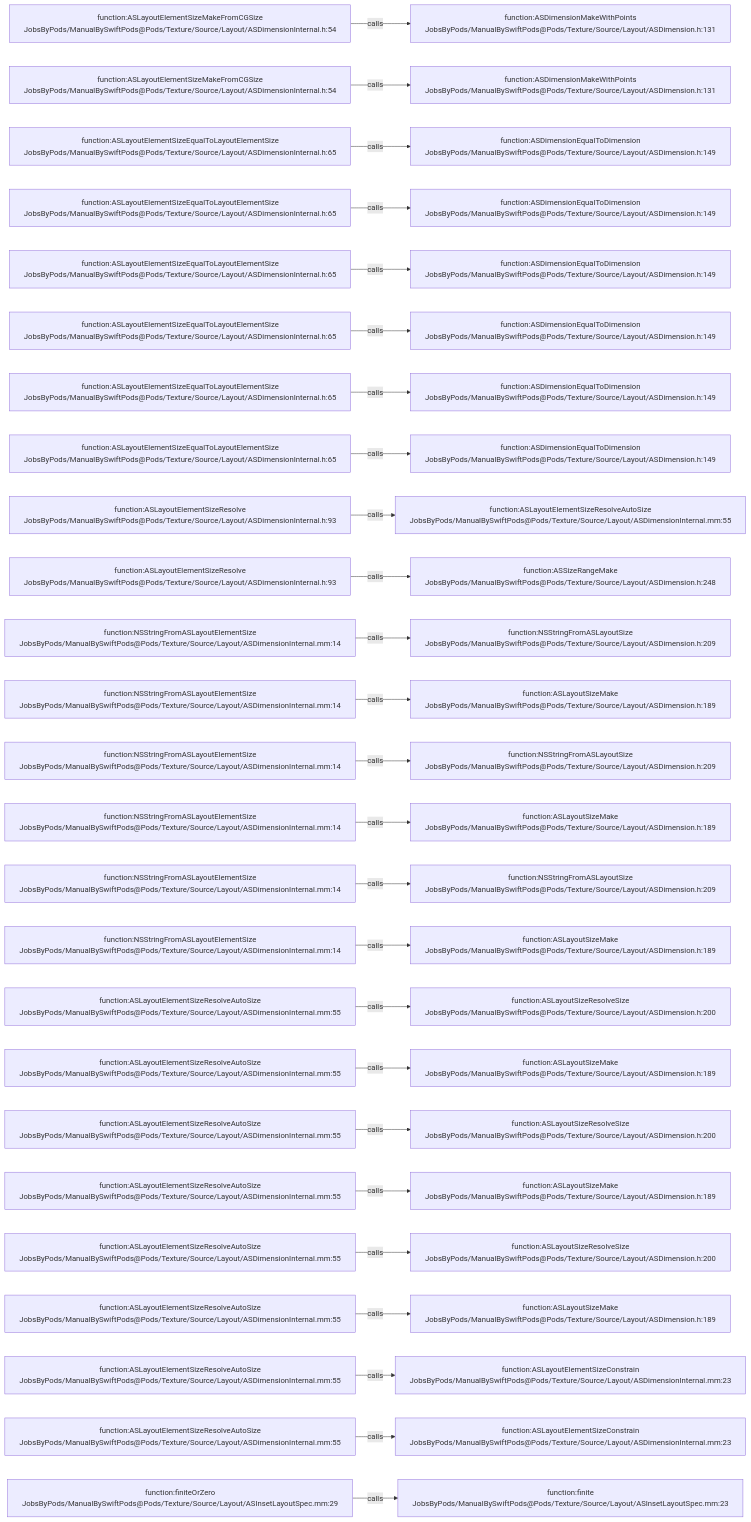
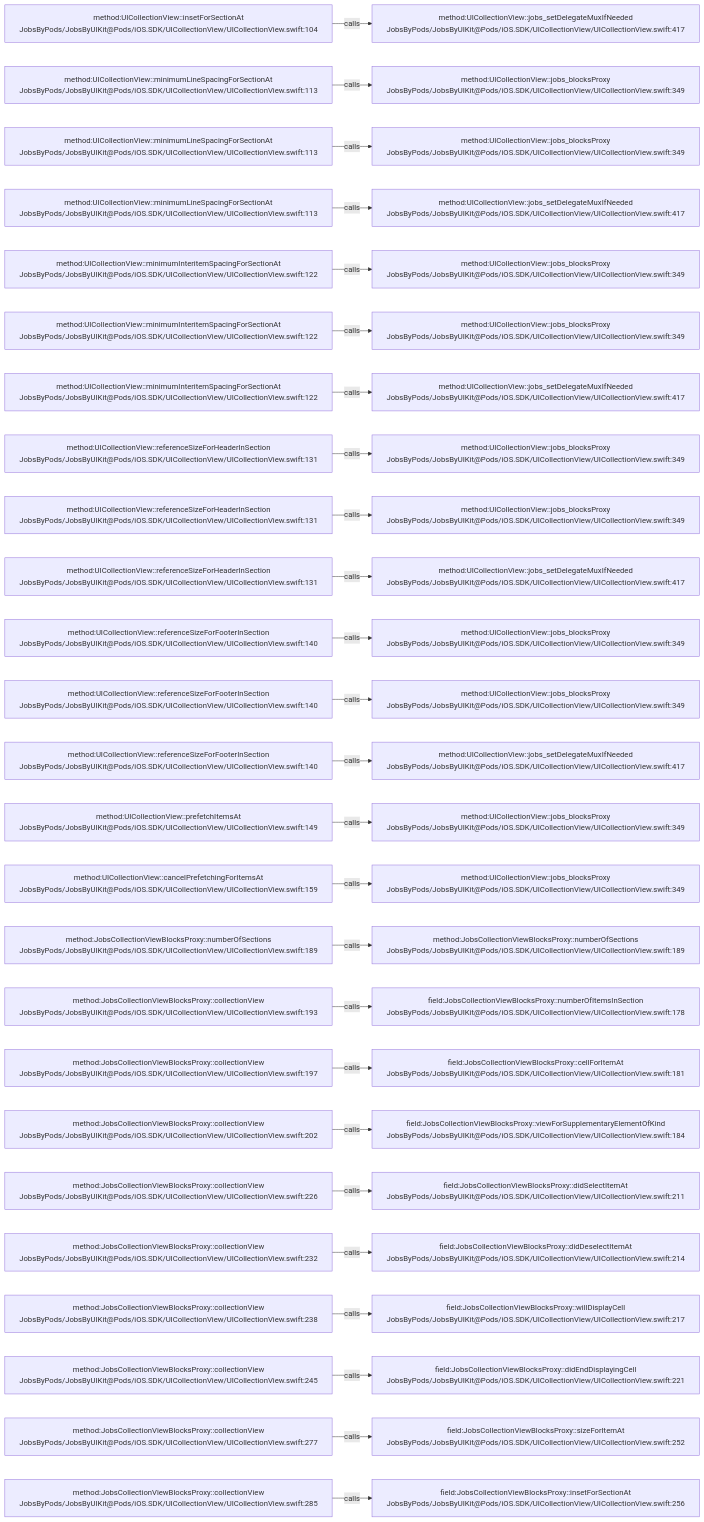
One commit to JobsKits/JobsSwiftBaseConfigDemo changed the diagram in .codegraph/codegraph.md/graphs/calls-107.md. Above: the diagram before and after it, drawn with Mermaid. The commit also changed 224 other files, not shown here.

````diff
--- a/.codegraph/codegraph.md/graphs/calls-107.md
+++ b/.codegraph/codegraph.md/graphs/calls-107.md
@@ -13,78 +13,78 @@
 ```mermaid
 flowchart LR
-  S1["function:ASLayoutElementSizeMakeFromCGSize<br/>JobsByPods/ManualBySwiftPods@Pods/Texture/Source/Layout/ASDimensionInternal.h:54"]
-  T1["function:ASDimensionMakeWithPoints<br/>JobsByPods/ManualBySwiftPods@Pods/Texture/Source/Layout/ASDimension.h:131"]
+  S1["method:UICollectionView::insetForSectionAt<br/>JobsByPods/JobsByUIKit@Pods/iOS.SDK/UICollectionView/UICollectionView.swift:104"]
+  T1["method:UICollectionView::jobs_setDelegateMuxIfNeeded<br/>JobsByPods/JobsByUIKit@Pods/iOS.SDK/UICollectionView/UICollectionView.swift:417"]
   S1 -->|calls| T1
-  S2["function:ASLayoutElementSizeMakeFromCGSize<br/>JobsByPods/ManualBySwiftPods@Pods/Texture/Source/Layout/ASDimensionInternal.h:54"]
-  T2["function:ASDimensionMakeWithPoints<br/>JobsByPods/ManualBySwiftPods@Pods/Texture/Source/Layout/ASDimension.h:131"]
+  S2["method:UICollectionView::minimumLineSpacingForSectionAt<br/>JobsByPods/JobsByUIKit@Pods/iOS.SDK/UICollectionView/UICollectionView.swift:113"]
+  T2["method:UICollectionView::jobs_blocksProxy<br/>JobsByPods/JobsByUIKit@Pods/iOS.SDK/UICollectionView/UICollectionView.swift:349"]
   S2 -->|calls| T2
-  S3["function:ASLayoutElementSizeEqualToLayoutElementSize<br/>JobsByPods/ManualBySwiftPods@Pods/Texture/Source/Layout/ASDimensionInternal.h:65"]
-  T3["function:ASDimensionEqualToDimension<br/>JobsByPods/ManualBySwiftPods@Pods/Texture/Source/Layout/ASDimension.h:149"]
+  S3["method:UICollectionView::minimumLineSpacingForSectionAt<br/>JobsByPods/JobsByUIKit@Pods/iOS.SDK/UICollectionView/UICollectionView.swift:113"]
+  T3["method:UICollectionView::jobs_blocksProxy<br/>JobsByPods/JobsByUIKit@Pods/iOS.SDK/UICollectionView/UICollectionView.swift:349"]
   S3 -->|calls| T3
-  S4["function:ASLayoutElementSizeEqualToLayoutElementSize<br/>JobsByPods/ManualBySwiftPods@Pods/Texture/Source/Layout/ASDimensionInternal.h:65"]
-  T4["function:ASDimensionEqualToDimension<br/>JobsByPods/ManualBySwiftPods@Pods/Texture/Source/Layout/ASDimension.h:149"]
+  S4["method:UICollectionView::minimumLineSpacingForSectionAt<br/>JobsByPods/JobsByUIKit@Pods/iOS.SDK/UICollectionView/UICollectionView.swift:113"]
+  T4["method:UICollectionView::jobs_setDelegateMuxIfNeeded<br/>JobsByPods/JobsByUIKit@Pods/iOS.SDK/UICollectionView/UICollectionView.swift:417"]
   S4 -->|calls| T4
-  S5["function:ASLayoutElementSizeEqualToLayoutElementSize<br/>JobsByPods/ManualBySwiftPods@Pods/Texture/Source/Layout/ASDimensionInternal.h:65"]
-  T5["function:ASDimensionEqualToDimension<br/>JobsByPods/ManualBySwiftPods@Pods/Texture/Source/Layout/ASDimension.h:149"]
+  S5["method:UICollectionView::minimumInteritemSpacingForSectionAt<br/>JobsByPods/JobsByUIKit@Pods/iOS.SDK/UICollectionView/UICollectionView.swift:122"]
+  T5["method:UICollectionView::jobs_blocksProxy<br/>JobsByPods/JobsByUIKit@Pods/iOS.SDK/UICollectionView/UICollectionView.swift:349"]
   S5 -->|calls| T5
-  S6["function:ASLayoutElementSizeEqualToLayoutElementSize<br/>JobsByPods/ManualBySwiftPods@Pods/Texture/Source/Layout/ASDimensionInternal.h:65"]
-  T6["function:ASDimensionEqualToDimension<br/>JobsByPods/ManualBySwiftPods@Pods/Texture/Source/Layout/ASDimension.h:149"]
+  S6["method:UICollectionView::minimumInteritemSpacingForSectionAt<br/>JobsByPods/JobsByUIKit@Pods/iOS.SDK/UICollectionView/UICollectionView.swift:122"]
+  T6["method:UICollectionView::jobs_blocksProxy<br/>JobsByPods/JobsByUIKit@Pods/iOS.SDK/UICollectionView/UICollectionView.swift:349"]
   S6 -->|calls| T6
-  S7["function:ASLayoutElementSizeEqualToLayoutElementSize<br/>JobsByPods/ManualBySwiftPods@Pods/Texture/Source/Layout/ASDimensionInternal.h:65"]
-  T7["function:ASDimensionEqualToDimension<br/>JobsByPods/ManualBySwiftPods@Pods/Texture/Source/Layout/ASDimension.h:149"]
+  S7["method:UICollectionView::minimumInteritemSpacingForSectionAt<br/>JobsByPods/JobsByUIKit@Pods/iOS.SDK/UICollectionView/UICollectionView.swift:122"]
+  T7["method:UICollectionView::jobs_setDelegateMuxIfNeeded<br/>JobsByPods/JobsByUIKit@Pods/iOS.SDK/UICollectionView/UICollectionView.swift:417"]
   S7 -->|calls| T7
-  S8["function:ASLayoutElementSizeEqualToLayoutElementSize<br/>JobsByPods/ManualBySwiftPods@Pods/Texture/Source/Layout/ASDimensionInternal.h:65"]
-  T8["function:ASDimensionEqualToDimension<br/>JobsByPods/ManualBySwiftPods@Pods/Texture/Source/Layout/ASDimension.h:149"]
+  S8["method:UICollectionView::referenceSizeForHeaderInSection<br/>JobsByPods/JobsByUIKit@Pods/iOS.SDK/UICollectionView/UICollectionView.swift:131"]
+  T8["method:UICollectionView::jobs_blocksProxy<br/>JobsByPods/JobsByUIKit@Pods/iOS.SDK/UICollectionView/UICollectionView.swift:349"]
   S8 -->|calls| T8
-  S9["function:ASLayoutElementSizeResolve<br/>JobsByPods/ManualBySwiftPods@Pods/Texture/Source/Layout/ASDimensionInternal.h:93"]
-  T9["function:ASLayoutElementSizeResolveAutoSize<br/>JobsByPods/ManualBySwiftPods@Pods/Texture/Source/Layout/ASDimensionInternal.mm:55"]
+  S9["method:UICollectionView::referenceSizeForHeaderInSection<br/>JobsByPods/JobsByUIKit@Pods/iOS.SDK/UICollectionView/UICollectionView.swift:131"]
+  T9["method:UICollectionView::jobs_blocksProxy<br/>JobsByPods/JobsByUIKit@Pods/iOS.SDK/UICollectionView/UICollectionView.swift:349"]
   S9 -->|calls| T9
-  S10["function:ASLayoutElementSizeResolve<br/>JobsByPods/ManualBySwiftPods@Pods/Texture/Source/Layout/ASDimensionInternal.h:93"]
-  T10["function:ASSizeRangeMake<br/>JobsByPods/ManualBySwiftPods@Pods/Texture/Source/Layout/ASDimension.h:248"]
+  S10["method:UICollectionView::referenceSizeForHeaderInSection<br/>JobsByPods/JobsByUIKit@Pods/iOS.SDK/UICollectionView/UICollectionView.swift:131"]
+  T10["method:UICollectionView::jobs_setDelegateMuxIfNeeded<br/>JobsByPods/JobsByUIKit@Pods/iOS.SDK/UICollectionView/UICollectionView.swift:417"]
   S10 -->|calls| T10
-  S11["function:NSStringFromASLayoutElementSize<br/>JobsByPods/ManualBySwiftPods@Pods/Texture/Source/Layout/ASDimensionInternal.mm:14"]
-  T11["function:NSStringFromASLayoutSize<br/>JobsByPods/ManualBySwiftPods@Pods/Texture/Source/Layout/ASDimension.h:209"]
+  S11["method:UICollectionView::referenceSizeForFooterInSection<br/>JobsByPods/JobsByUIKit@Pods/iOS.SDK/UICollectionView/UICollectionView.swift:140"]
+  T11["method:UICollectionView::jobs_blocksProxy<br/>JobsByPods/JobsByUIKit@Pods/iOS.SDK/UICollectionView/UICollectionView.swift:349"]
   S11 -->|calls| T11
-  S12["function:NSStringFromASLayoutElementSize<br/>JobsByPods/ManualBySwiftPods@Pods/Texture/Source/Layout/ASDimensionInternal.mm:14"]
-  T12["function:ASLayoutSizeMake<br/>JobsByPods/ManualBySwiftPods@Pods/Texture/Source/Layout/ASDimension.h:189"]
+  S12["method:UICollectionView::referenceSizeForFooterInSection<br/>JobsByPods/JobsByUIKit@Pods/iOS.SDK/UICollectionView/UICollectionView.swift:140"]
+  T12["method:UICollectionView::jobs_blocksProxy<br/>JobsByPods/JobsByUIKit@Pods/iOS.SDK/UICollectionView/UICollectionView.swift:349"]
   S12 -->|calls| T12
-  S13["function:NSStringFromASLayoutElementSize<br/>JobsByPods/ManualBySwiftPods@Pods/Texture/Source/Layout/ASDimensionInternal.mm:14"]
-  T13["function:NSStringFromASLayoutSize<br/>JobsByPods/ManualBySwiftPods@Pods/Texture/Source/Layout/ASDimension.h:209"]
+  S13["method:UICollectionView::referenceSizeForFooterInSection<br/>JobsByPods/JobsByUIKit@Pods/iOS.SDK/UICollectionView/UICollectionView.swift:140"]
+  T13["method:UICollectionView::jobs_setDelegateMuxIfNeeded<br/>JobsByPods/JobsByUIKit@Pods/iOS.SDK/UICollectionView/UICollectionView.swift:417"]
   S13 -->|calls| T13
-  S14["function:NSStringFromASLayoutElementSize<br/>JobsByPods/ManualBySwiftPods@Pods/Texture/Source/Layout/ASDimensionInternal.mm:14"]
-  T14["function:ASLayoutSizeMake<br/>JobsByPods/ManualBySwiftPods@Pods/Texture/Source/Layout/ASDimension.h:189"]
+  S14["method:UICollectionView::prefetchItemsAt<br/>JobsByPods/JobsByUIKit@Pods/iOS.SDK/UICollectionView/UICollectionView.swift:149"]
+  T14["method:UICollectionView::jobs_blocksProxy<br/>JobsByPods/JobsByUIKit@Pods/iOS.SDK/UICollectionView/UICollectionView.swift:349"]
   S14 -->|calls| T14
-  S15["function:NSStringFromASLayoutElementSize<br/>JobsByPods/ManualBySwiftPods@Pods/Texture/Source/Layout/ASDimensionInternal.mm:14"]
-  T15["function:NSStringFromASLayoutSize<br/>JobsByPods/ManualBySwiftPods@Pods/Texture/Source/Layout/ASDimension.h:209"]
+  S15["method:UICollectionView::cancelPrefetchingForItemsAt<br/>JobsByPods/JobsByUIKit@Pods/iOS.SDK/UICollectionView/UICollectionView.swift:159"]
+  T15["method:UICollectionView::jobs_blocksProxy<br/>JobsByPods/JobsByUIKit@Pods/iOS.SDK/UICollectionView/UICollectionView.swift:349"]
   S15 -->|calls| T15
-  S16["function:NSStringFromASLayoutElementSize<br/>JobsByPods/ManualBySwiftPods@Pods/Texture/Source/Layout/ASDimensionInternal.mm:14"]
-  T16["function:ASLayoutSizeMake<br/>JobsByPods/ManualBySwiftPods@Pods/Texture/Source/Layout/ASDimension.h:189"]
+  S16["method:JobsCollectionViewBlocksProxy::numberOfSections<br/>JobsByPods/JobsByUIKit@Pods/iOS.SDK/UICollectionView/UICollectionView.swift:189"]
+  T16["method:JobsCollectionViewBlocksProxy::numberOfSections<br/>JobsByPods/JobsByUIKit@Pods/iOS.SDK/UICollectionView/UICollectionView.swift:189"]
   S16 -->|calls| T16
-  S17["function:ASLayoutElementSizeResolveAutoSize<br/>JobsByPods/ManualBySwiftPods@Pods/Texture/Source/Layout/ASDimensionInternal.mm:55"]
-  T17["function:ASLayoutSizeResolveSize<br/>JobsByPods/ManualBySwiftPods@Pods/Texture/Source/Layout/ASDimension.h:200"]
+  S17["method:JobsCollectionViewBlocksProxy::collectionView<br/>JobsByPods/JobsByUIKit@Pods/iOS.SDK/UICollectionView/UICollectionView.swift:193"]
+  T17["field:JobsCollectionViewBlocksProxy::numberOfItemsInSection<br/>JobsByPods/JobsByUIKit@Pods/iOS.SDK/UICollectionView/UICollectionView.swift:178"]
   S17 -->|calls| T17
-  S18["function:ASLayoutElementSizeResolveAutoSize<br/>JobsByPods/ManualBySwiftPods@Pods/Texture/Source/Layout/ASDimensionInternal.mm:55"]
-  T18["function:ASLayoutSizeMake<br/>JobsByPods/ManualBySwiftPods@Pods/Texture/Source/Layout/ASDimension.h:189"]
+  S18["method:JobsCollectionViewBlocksProxy::collectionView<br/>JobsByPods/JobsByUIKit@Pods/iOS.SDK/UICollectionView/UICollectionView.swift:197"]
+  T18["field:JobsCollectionViewBlocksProxy::cellForItemAt<br/>JobsByPods/JobsByUIKit@Pods/iOS.SDK/UICollectionView/UICollectionView.swift:181"]
   S18 -->|calls| T18
-  S19["function:ASLayoutElementSizeResolveAutoSize<br/>JobsByPods/ManualBySwiftPods@Pods/Texture/Source/Layout/ASDimensionInternal.mm:55"]
-  T19["function:ASLayoutSizeResolveSize<br/>JobsByPods/ManualBySwiftPods@Pods/Texture/Source/Layout/ASDimension.h:200"]
+  S19["method:JobsCollectionViewBlocksProxy::collectionView<br/>JobsByPods/JobsByUIKit@Pods/iOS.SDK/UICollectionView/UICollectionView.swift:202"]
+  T19["field:JobsCollectionViewBlocksProxy::viewForSupplementaryElementOfKind<br/>JobsByPods/JobsByUIKit@Pods/iOS.SDK/UICollectionView/UICollectionView.swift:184"]
   S19 -->|calls| T19
-  S20["function:ASLayoutElementSizeResolveAutoSize<br/>JobsByPods/ManualBySwiftPods@Pods/Texture/Source/Layout/ASDimensionInternal.mm:55"]
-  T20["function:ASLayoutSizeMake<br/>JobsByPods/ManualBySwiftPods@Pods/Texture/Source/Layout/ASDimension.h:189"]
+  S20["method:JobsCollectionViewBlocksProxy::collectionView<br/>JobsByPods/JobsByUIKit@Pods/iOS.SDK/UICollectionView/UICollectionView.swift:226"]
+  T20["field:JobsCollectionViewBlocksProxy::didSelectItemAt<br/>JobsByPods/JobsByUIKit@Pods/iOS.SDK/UICollectionView/UICollectionView.swift:211"]
   S20 -->|calls| T20
-  S21["function:ASLayoutElementSizeResolveAutoSize<br/>JobsByPods/ManualBySwiftPods@Pods/Texture/Source/Layout/ASDimensionInternal.mm:55"]
-  T21["function:ASLayoutSizeResolveSize<br/>JobsByPods/ManualBySwiftPods@Pods/Texture/Source/Layout/ASDimension.h:200"]
+  S21["method:JobsCollectionViewBlocksProxy::collectionView<br/>JobsByPods/JobsByUIKit@Pods/iOS.SDK/UICollectionView/UICollectionView.swift:232"]
+  T21["field:JobsCollectionViewBlocksProxy::didDeselectItemAt<br/>JobsByPods/JobsByUIKit@Pods/iOS.SDK/UICollectionView/UICollectionView.swift:214"]
   S21 -->|calls| T21
-  S22["function:ASLayoutElementSizeResolveAutoSize<br/>JobsByPods/ManualBySwiftPods@Pods/Texture/Source/Layout/ASDimensionInternal.mm:55"]
-  T22["function:ASLayoutSizeMake<br/>JobsByPods/ManualBySwiftPods@Pods/Texture/Source/Layout/ASDimension.h:189"]
+  S22["method:JobsCollectionViewBlocksProxy::collectionView<br/>JobsByPods/JobsByUIKit@Pods/iOS.SDK/UICollectionView/UICollectionView.swift:238"]
+  T22["field:JobsCollectionViewBlocksProxy::willDisplayCell<br/>JobsByPods/JobsByUIKit@Pods/iOS.SDK/UICollectionView/UICollectionView.swift:217"]
   S22 -->|calls| T22
-  S23["function:ASLayoutElementSizeResolveAutoSize<br/>JobsByPods/ManualBySwiftPods@Pods/Texture/Source/Layout/ASDimensionInternal.mm:55"]
-  T23["function:ASLayoutElementSizeConstrain<br/>JobsByPods/ManualBySwiftPods@Pods/Texture/Source/Layout/ASDimensionInternal.mm:23"]
+  S23["method:JobsCollectionViewBlocksProxy::collectionView<br/>JobsByPods/JobsByUIKit@Pods/iOS.SDK/UICollectionView/UICollectionView.swift:245"]
+  T23["field:JobsCollectionViewBlocksProxy::didEndDisplayingCell<br/>JobsByPods/JobsByUIKit@Pods/iOS.SDK/UICollectionView/UICollectionView.swift:221"]
   S23 -->|calls| T23
-  S24["function:ASLayoutElementSizeResolveAutoSize<br/>JobsByPods/ManualBySwiftPods@Pods/Texture/Source/Layout/ASDimensionInternal.mm:55"]
-  T24["function:ASLayoutElementSizeConstrain<br/>JobsByPods/ManualBySwiftPods@Pods/Texture/Source/Layout/ASDimensionInternal.mm:23"]
+  S24["method:JobsCollectionViewBlocksProxy::collectionView<br/>JobsByPods/JobsByUIKit@Pods/iOS.SDK/UICollectionView/UICollectionView.swift:277"]
+  T24["field:JobsCollectionViewBlocksProxy::sizeForItemAt<br/>JobsByPods/JobsByUIKit@Pods/iOS.SDK/UICollectionView/UICollectionView.swift:252"]
   S24 -->|calls| T24
-  S25["function:finiteOrZero<br/>JobsByPods/ManualBySwiftPods@Pods/Texture/Source/Layout/ASInsetLayoutSpec.mm:29"]
-  T25["function:finite<br/>JobsByPods/ManualBySwiftPods@Pods/Texture/Source/Layout/ASInsetLayoutSpec.mm:23"]
+  S25["method:JobsCollectionViewBlocksProxy::collectionView<br/>JobsByPods/JobsByUIKit@Pods/iOS.SDK/UICollectionView/UICollectionView.swift:285"]
+  T25["field:JobsCollectionViewBlocksProxy::insetForSectionAt<br/>JobsByPods/JobsByUIKit@Pods/iOS.SDK/UICollectionView/UICollectionView.swift:256"]
   S25 -->|calls| T25
 ```
````
